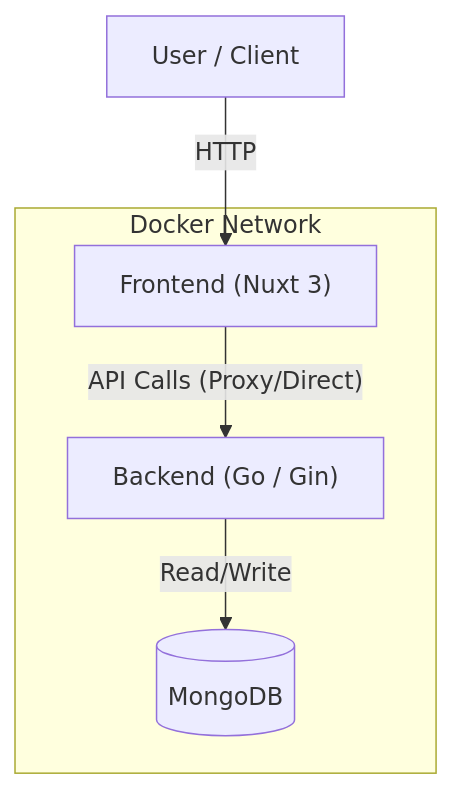
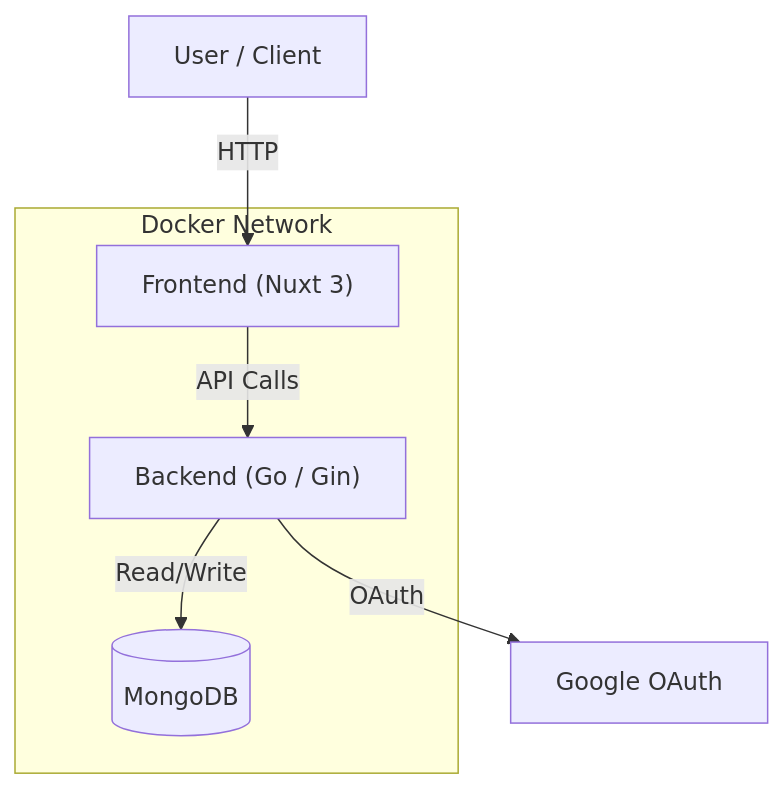
The diagram in README.md (Indra-619/court-line), drawn with Mermaid before and after one commit. The commit also changed other lines of this file and 26 other files, not shown here.

First line of the commit message:
feat: implement full court booking system with Google OAuth

````diff
--- a/README.md
+++ b/README.md
@@ -30,12 +35,13 @@
 ```mermaid
 graph TD
     User["User / Client"] -->|HTTP| Client["Frontend (Nuxt 3)"]
-    Client -->|"API Calls (Proxy/Direct)"| Server["Backend (Go / Gin)"]
+    Client -->|"API Calls"| Server["Backend (Go / Gin)"]
     Server -->|"Read/Write"| DB[("MongoDB")]
+    Server -->|"OAuth"| Google["Google OAuth"]
     
     subgraph Docker Network
         Client
         Server
         DB
     end
 ```
````
